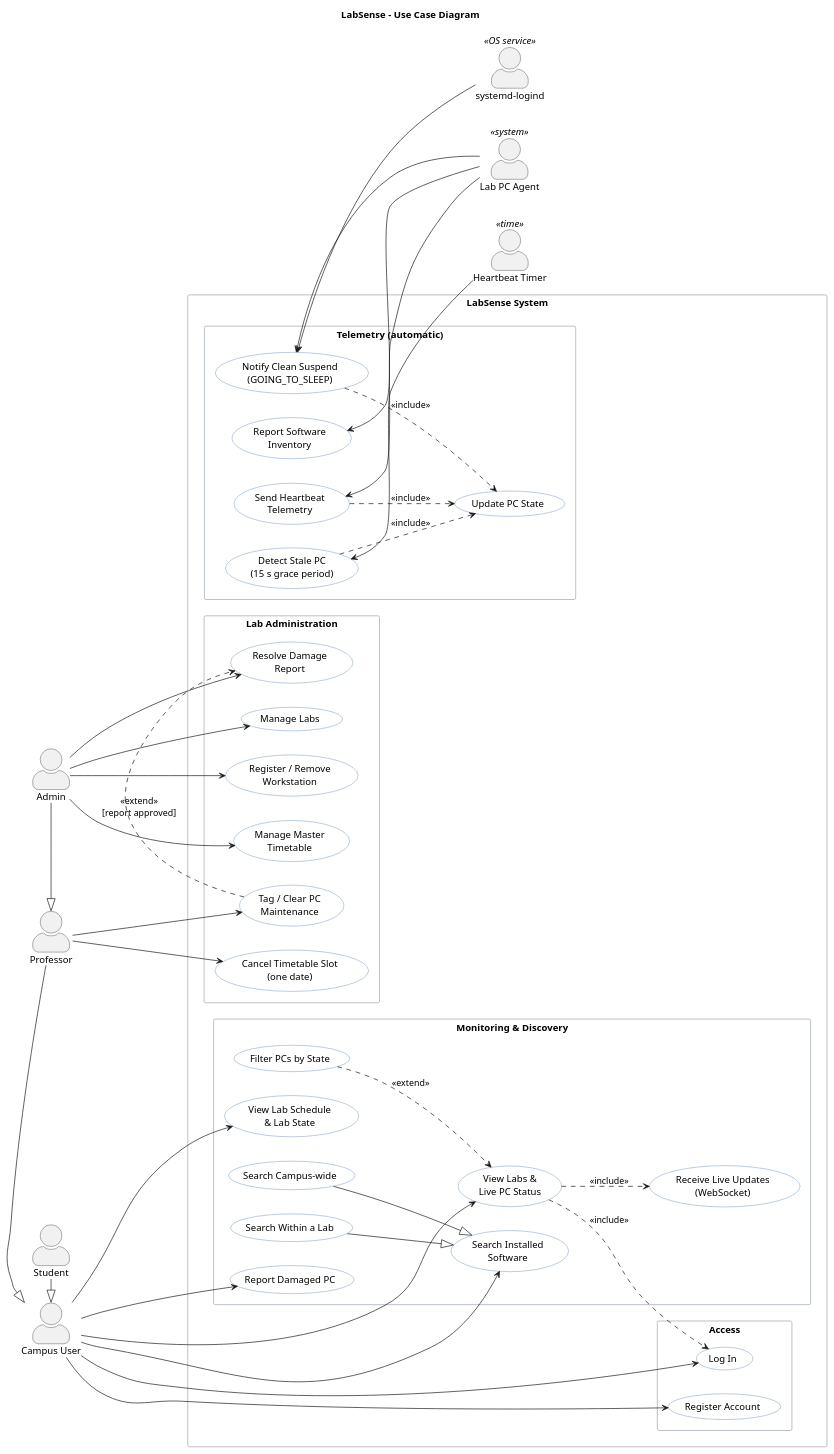
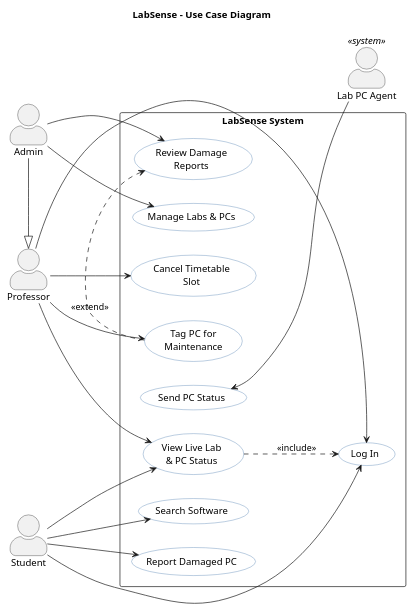
The diagram in docs/diagrams/exp2-use-case.puml (smitshah1576/LabSense), drawn with PlantUML before and after one commit. The commit also changed 43 other files, not shown here.

First line of the commit message:
Simplify SE lab diagrams to one high-level diagram per type

```diff
--- a/docs/diagrams/exp2-use-case.puml
+++ b/docs/diagrams/exp2-use-case.puml
@@ -1,108 +1,48 @@
 @startuml exp2-use-case
-' Experiment 2 - Use Case Diagram: LabSense (campus lab PC monitoring)
 title LabSense - Use Case Diagram
 
 left to right direction
 skinparam shadowing false
 skinparam actorStyle awesome
-skinparam packageStyle rectangle
 skinparam usecase {
   BackgroundColor #FFFFFF
   BorderColor #3A6EA5
 }
-skinparam package {
-  BorderColor #9AA5B1
-  FontColor #52606D
+
+actor Student
+actor Professor
+actor Admin
+actor "Lab PC Agent" as Agent <<system>>
+
+Admin -|> Professor
+
+rectangle "LabSense System" {
+  usecase "Log In" as Login
+  usecase "View Live Lab\n& PC Status" as View
+  usecase "Search Software" as Search
+  usecase "Report Damaged PC" as Report
+  usecase "Tag PC for\nMaintenance" as Maint
+  usecase "Cancel Timetable\nSlot" as Cancel
+  usecase "Manage Labs & PCs" as Manage
+  usecase "Review Damage\nReports" as Review
+  usecase "Send PC Status" as Status
 }
 
-' ---------------- Primary actors (people) ----------------
-actor "Campus User" as User
-actor "Student" as Student
-actor "Professor" as Professor
-actor "Admin" as Admin
+Student --> Login
+Student --> View
+Student --> Search
+Student --> Report
 
-' Mirrors the app's RBAC: every role is a Campus User, and an Admin can do
-' everything a Professor can (isProfessor() is true for ADMIN).
-Student -|> User
-Professor -|> User
-Admin -|> Professor
+Professor --> Login
+Professor --> View
+Professor --> Maint
+Professor --> Cancel
 
-' ---------------- Secondary / system actors ----------------
-actor "Lab PC Agent" as Agent <<system>>
-actor "systemd-logind" as Logind <<OS service>>
-actor "Heartbeat Timer" as Timer <<time>>
+Admin --> Manage
+Admin --> Review
 
-rectangle "LabSense System" {
+Status <-- Agent
 
-  package "Telemetry (automatic)" {
-    usecase "Send Heartbeat\nTelemetry" as UC_HB
-    usecase "Notify Clean Suspend\n(GOING_TO_SLEEP)" as UC_Sleep
-    usecase "Report Software\nInventory" as UC_Inventory
-    usecase "Detect Stale PC\n(15 s grace period)" as UC_Stale
-    usecase "Update PC State" as UC_State
-  }
-
-  package "Lab Administration" {
-    usecase "Tag / Clear PC\nMaintenance" as UC_Maint
-    usecase "Cancel Timetable Slot\n(one date)" as UC_Cancel
-    usecase "Resolve Damage\nReport" as UC_Resolve
-    usecase "Manage Labs" as UC_Labs
-    usecase "Register / Remove\nWorkstation" as UC_PCs
-    usecase "Manage Master\nTimetable" as UC_Timetable
-  }
-
-  package "Access" {
-    usecase "Log In" as UC_Login
-    usecase "Register Account" as UC_Register
-  }
-
-  package "Monitoring & Discovery" {
-    usecase "View Labs &\nLive PC Status" as UC_View
-    usecase "Receive Live Updates\n(WebSocket)" as UC_Live
-    usecase "Filter PCs by State" as UC_Filter
-    usecase "View Lab Schedule\n& Lab State" as UC_Schedule
-    usecase "Search Installed\nSoftware" as UC_Search
-    usecase "Search Campus-wide" as UC_SearchAll
-    usecase "Search Within a Lab" as UC_SearchLab
-    usecase "Report Damaged PC" as UC_Report
-  }
-
-}
-
-' ---------------- Associations: people ----------------
-User --> UC_Login
-User --> UC_Register
-User --> UC_View
-User --> UC_Schedule
-User --> UC_Search
-User --> UC_Report
-
-Professor --> UC_Maint
-Professor --> UC_Cancel
-
-Admin --> UC_Resolve
-Admin --> UC_Labs
-Admin --> UC_PCs
-Admin --> UC_Timetable
-
-' ---------------- Associations: system actors (drawn on the right) ----------------
-UC_HB <-- Agent
-UC_Sleep <-- Agent
-UC_Inventory <-- Agent
-UC_Sleep <-- Logind
-UC_Stale <-- Timer
-
-' ---------------- Include / extend / generalization ----------------
-UC_View ..> UC_Login : <<include>>
-UC_View ..> UC_Live : <<include>>
-UC_Filter ..> UC_View : <<extend>>
-
-UC_SearchAll --|> UC_Search
-UC_SearchLab --|> UC_Search
-
-UC_Maint .[norank].> UC_Resolve : <<extend>>\n[report approved]
-
-UC_HB ..> UC_State : <<include>>
-UC_Sleep ..> UC_State : <<include>>
-UC_Stale ..> UC_State : <<include>>
+View ..> Login : <<include>>
+Maint .> Review : <<extend>>
 @enduml
```
